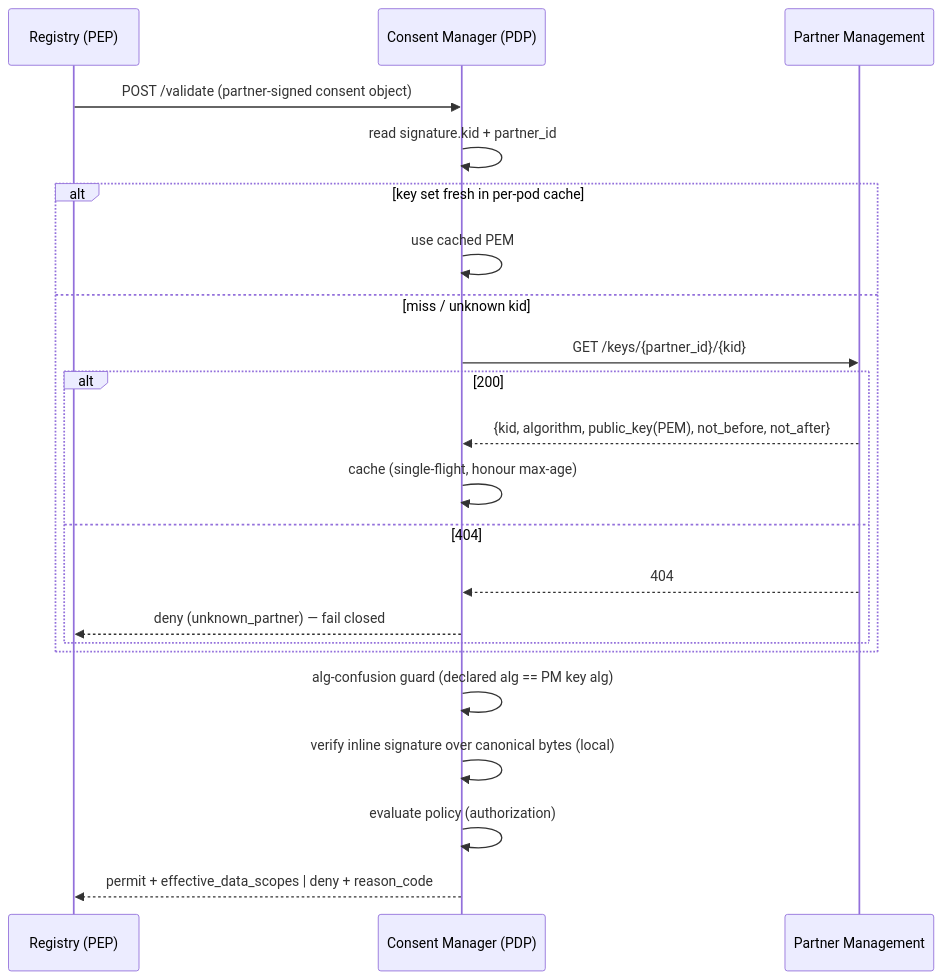
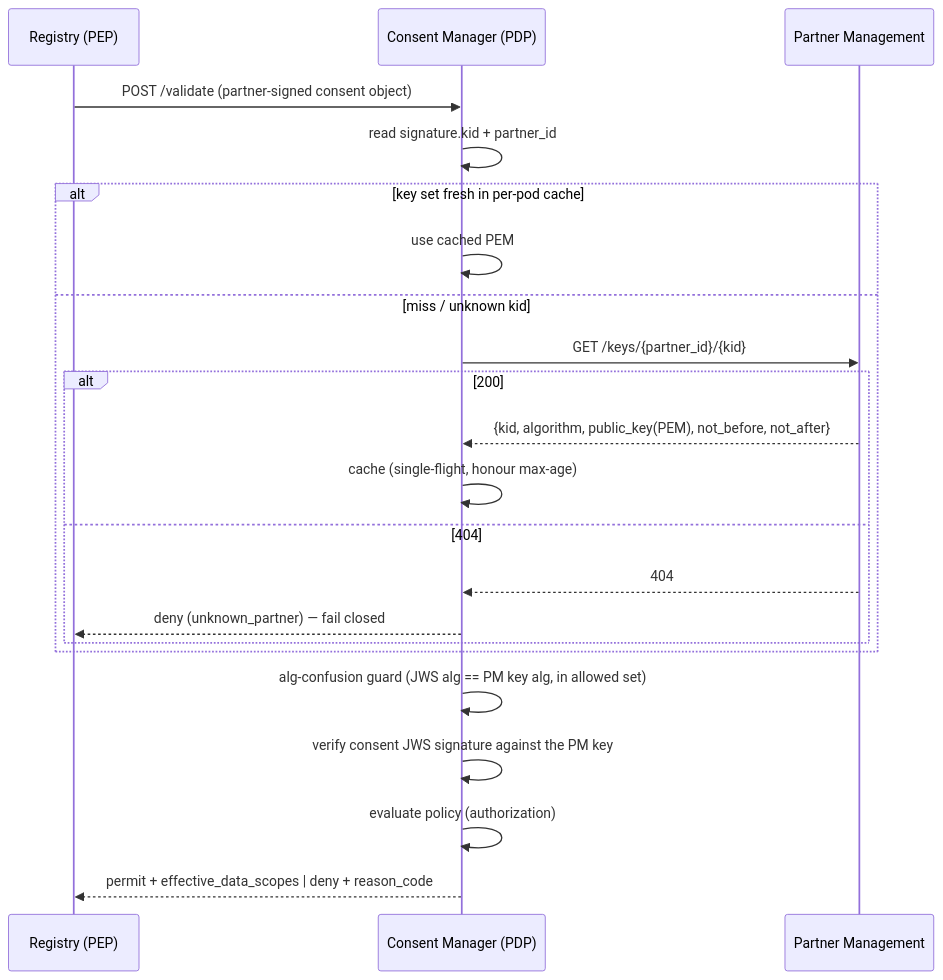
One commit to OpenG2P/openg2p-documentation changed the diagram in consent-management/design/partner-management-integration.md. Above: the diagram before and after it, drawn with Mermaid. The commit also changed 2 other files, not shown here.

````diff
--- a/consent-management/design/partner-management-integration.md
+++ b/consent-management/design/partner-management-integration.md
@@ -112,24 +112,24 @@
 ```mermaid
 sequenceDiagram
   participant R as Registry (PEP)
   participant CM as Consent Manager (PDP)
   participant PM as Partner Management
   R->>CM: POST /validate (partner-signed consent object)
   CM->>CM: read signature.kid + partner_id
   alt key set fresh in per-pod cache
     CM->>CM: use cached PEM
   else miss / unknown kid
     CM->>PM: GET /keys/{partner_id}/{kid}
     alt 200
       PM-->>CM: {kid, algorithm, public_key(PEM), not_before, not_after}
       CM->>CM: cache (single-flight, honour max-age)
     else 404
       PM-->>CM: 404
       CM-->>R: deny (unknown_partner) — fail closed
     end
   end
-  CM->>CM: alg-confusion guard (declared alg == PM key alg)
-  CM->>CM: verify inline signature over canonical bytes (local)
+  CM->>CM: alg-confusion guard (JWS alg == PM key alg, in allowed set)
+  CM->>CM: verify consent JWS signature against the PM key
   CM->>CM: evaluate policy (authorization)
   CM-->>R: permit + effective_data_scopes  |  deny + reason_code
 ```
````
